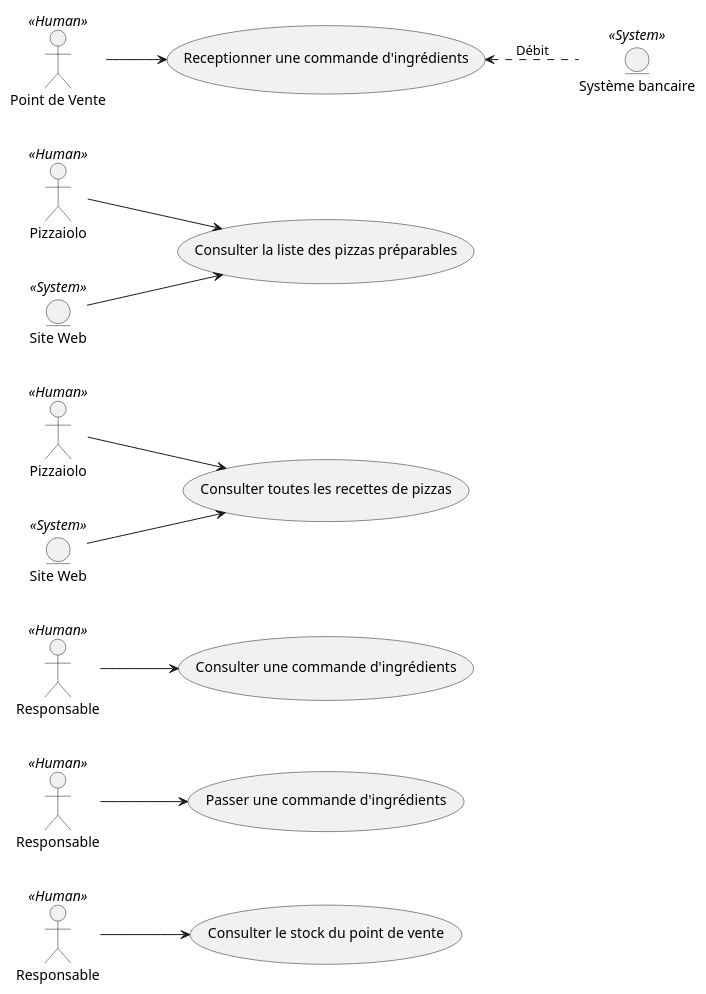
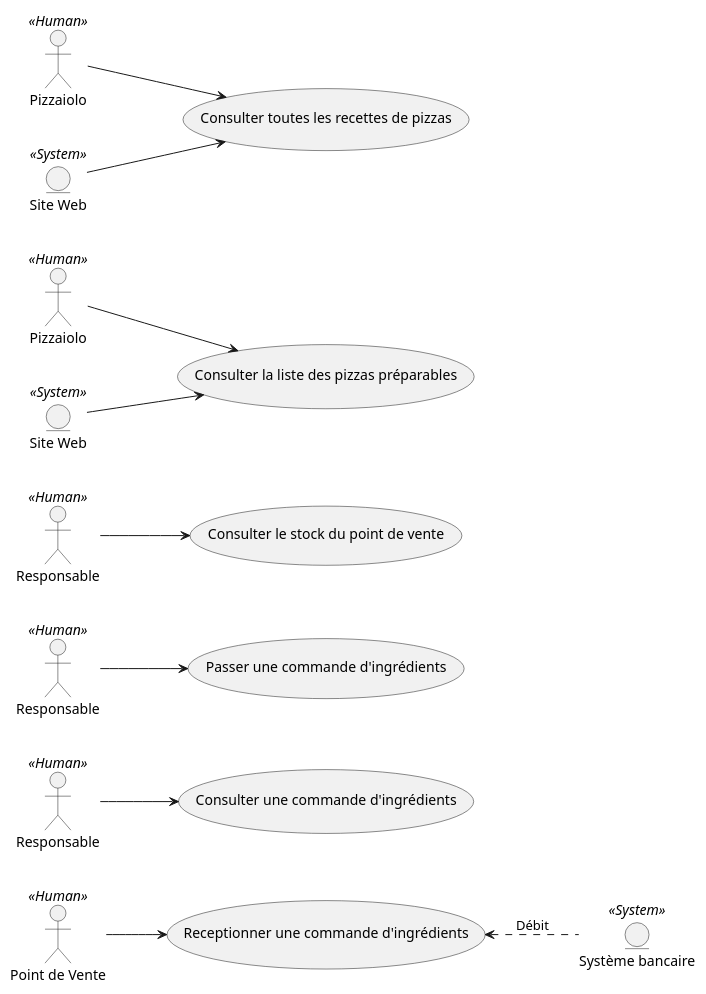
Before and after one commit to rvallet/oc-pizza: the diagram in uml/src/use-case-diagram-stock.puml, drawn with PlantUML. The commit also changed 5 other files, not shown here.

Commit message:
ordering and cleaning diagrams

```diff
--- a/uml/src/use-case-diagram-stock.puml
+++ b/uml/src/use-case-diagram-stock.puml
@@ -1,42 +1,58 @@
 @startuml
 /' Start UML Class '/
+
+/' Flow Direction '/
 left to right direction
+
+/' Actor and Entity '/
 "Responsable" << Human >> as R1
 "Responsable" << Human >> as R2
 "Responsable" << Human >> as R3
 "Pizzaiolo" << Human >> as P1
 "Pizzaiolo" << Human >> as P2
 :Point de Vente: << Human >> as PDV1
 
 entity "Système bancaire" << System >> as Bank1
 entity "Site Web" << System >> as Web1
 entity "Site Web" << System >> as Web2
 
-/' Consulter le stock des ingrédients par PDV '/
-(Consulter le stock du point de vente) as (getStock)
-R1 --> (getStock)
+/' Ordering actor and entity '/
+P1 -[hidden] Web1
+Web1 -[hidden] P2
+P2 -[hidden] Web2
+Web2 -[hidden] R1
+R1 -[hidden] R2
+R2 -[hidden] R3
+R3 -[hidden] PDV1
+
+/' UseCase Relationship '/
 
 /' Consulter les recettes de pizzas '/
 (Consulter toutes les recettes de pizzas) as (getAllRecipe)
 P1 --> (getAllRecipe)
 Web1 --> (getAllRecipe)
 
 /' Consulter la liste des pizzas préparables '/
 (Consulter la liste des pizzas préparables) as (getAvailableRecipe)
 P2 --> (getAvailableRecipe)
 Web2 --> (getAvailableRecipe)
+
+/' Consulter le stock des ingrédients par PDV '/
+(Consulter le stock du point de vente) as (getStock)
+R1 --> (getStock)
 
 /' Passer une commande d'ingrédients '/
 (Passer une commande d'ingrédients) as (setSupplyOrder)
 R2 --> (setSupplyOrder)
 
 /' Consulter une commande d'ingrédients '/
 (Consulter une commande d'ingrédients) as (getSupplyOrder)
 R3 --> (getSupplyOrder)
 
 /' Receptionner une commande d'ingrédients '/
 (Receptionner une commande d'ingrédients) as (setStock)
 (setStock) <.. Bank1 : Débit
 PDV1 --> (setStock)
 
+/' End UML Class '/
 @enduml
```
